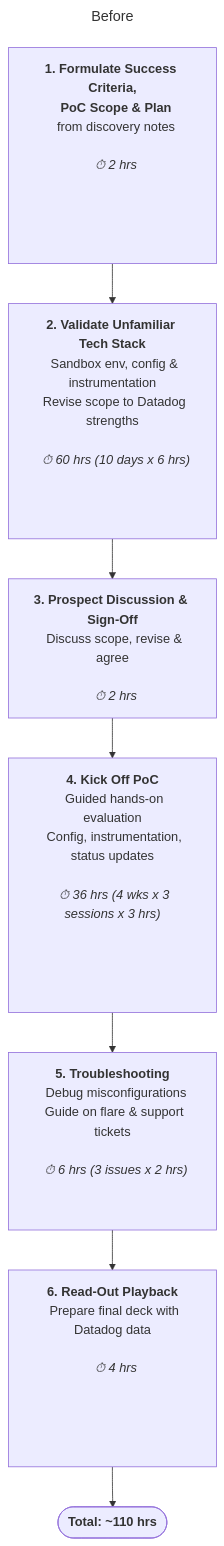
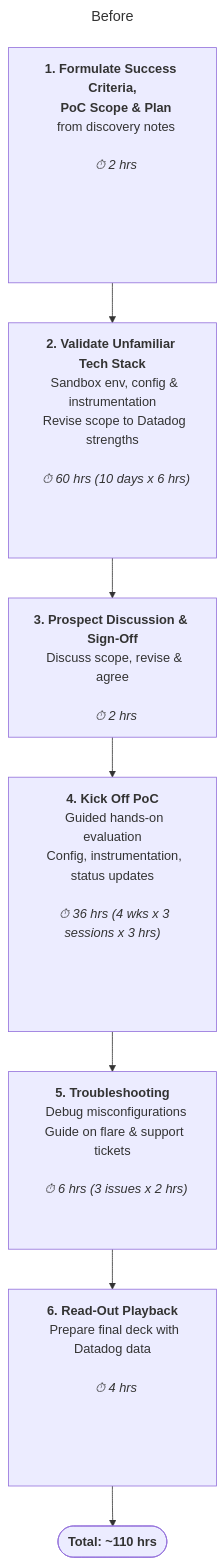
Before and after one commit to jek-bao-choo/sales-engineering-poc-automation: the first of 2 diagrams in docs/index.md, drawn with Mermaid. The commit also changed other lines of this file and 2 other files, not shown here.

````diff
--- a/docs/index.md
+++ b/docs/index.md
@@ -11,53 +11,54 @@
 ``` mermaid
 ---
 title: Before
 ---
 graph TD
   A["<b>1. Formulate Success Criteria,</b>
   <b>PoC Scope & Plan</b>
   from discovery notes
   <i></i>
   <i>⏱ 2 hrs</i>
+  <i>&nbsp;</i>
   <i>&nbsp;</i>
   <i>&nbsp;</i>
   <i>&nbsp;</i>
   <i>&nbsp;</i>"]
   B["<b>2. Validate Unfamiliar Tech Stack</b>
   Sandbox env, config & instrumentation
   Revise scope to Datadog strengths
   <i></i>
   <i>⏱ 60 hrs (10 days x 6 hrs)</i>
   <i>&nbsp;</i>
   <i>&nbsp;</i>
   <i>&nbsp;</i>"]
   C["<b>3. Prospect Discussion & Sign-Off</b>
   Discuss scope, revise & agree
   <i></i>
   <i>⏱ 2 hrs</i>"]
   D["<b>4. Kick Off PoC</b>
   Guided hands-on evaluation
   Config, instrumentation, status updates
   <i></i>
   <i>⏱ 36 hrs (4 wks x 3 sessions x 3 hrs)</i>
   <i>&nbsp;</i>
   <i>&nbsp;</i>
   <i>&nbsp;</i>
   <i>&nbsp;</i>"]
   E["<b>5. Troubleshooting</b>
   Debug misconfigurations
   Guide on flare & support tickets
   <i></i>
   <i>⏱ 6 hrs (3 issues x 2 hrs)</i>
   <i>&nbsp;</i>
   <i>&nbsp;</i>"]
   F["<b>6. Read-Out Playback</b>
   Prepare final deck with Datadog data
   <i></i>
   <i>⏱ 4 hrs</i>
   <i>&nbsp;</i>
   <i>&nbsp;</i>
   <i>&nbsp;</i>
   <i>&nbsp;</i>"]
   G(["<b>Total: ~110 hrs</b>"])
   A --> B --> C --> D --> E --> F --> G
 ```
````
